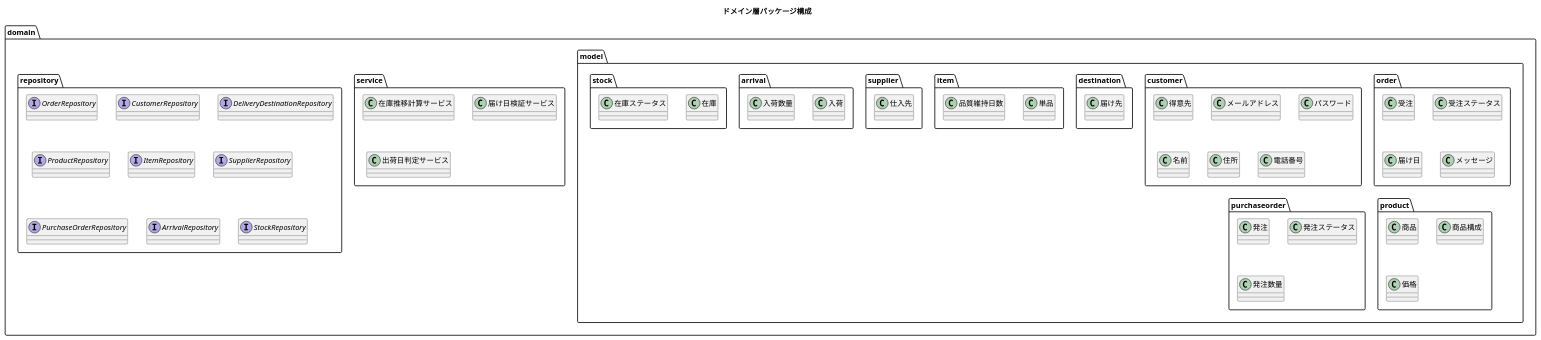
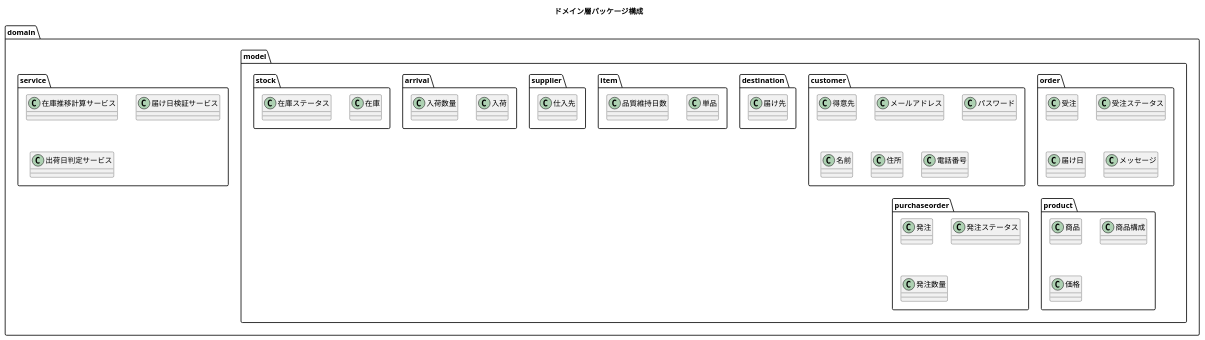
One commit to k2works/case-study-bouquet changed the third of 3 diagrams in docs/design/domain_model.md. Above: the diagram before and after it, drawn with PlantUML. The commit also changed other lines of this file and 3 other files, not shown here.

````diff
--- a/docs/design/domain_model.md
+++ b/docs/design/domain_model.md
@@ -317,71 +317,60 @@
 ```plantuml
 @startuml
 title ドメイン層パッケージ構成
 
 package "domain" {
   package "model" {
     package "order" {
       class 受注
       class 受注ステータス
       class 届け日
       class メッセージ
     }
     package "customer" {
       class 得意先
       class メールアドレス
       class パスワード
       class 名前
       class 住所
       class 電話番号
     }
     package "destination" {
       class 届け先
     }
     package "product" {
       class 商品
       class 商品構成
       class 価格
     }
     package "item" {
       class 単品
       class 品質維持日数
     }
     package "supplier" {
       class 仕入先
     }
     package "purchaseorder" {
       class 発注
       class 発注ステータス
       class 発注数量
     }
     package "arrival" {
       class 入荷
       class 入荷数量
     }
     package "stock" {
       class 在庫
       class 在庫ステータス
     }
   }
 
   package "service" {
     class 在庫推移計算サービス
     class 届け日検証サービス
     class 出荷日判定サービス
   }
 
-  package "repository" {
-    interface OrderRepository
-    interface CustomerRepository
-    interface DeliveryDestinationRepository
-    interface ProductRepository
-    interface ItemRepository
-    interface SupplierRepository
-    interface PurchaseOrderRepository
-    interface ArrivalRepository
-    interface StockRepository
-  }
 }
 
 @enduml
 ```
````
